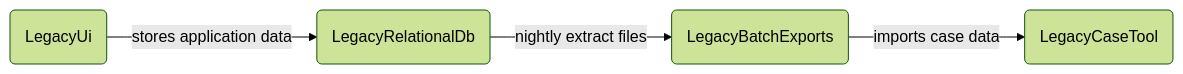
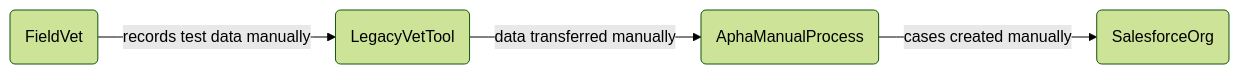
The first of 4 diagrams in technology/data-architecture/evolution-view/README.md (DEFRA/cattle-vaccination-documentation), drawn with Mermaid (forest theme) before and after one commit. The commit also changed other lines of this file and 3 other files, not shown here.

````diff
--- a/technology/data-architecture/evolution-view/README.md
+++ b/technology/data-architecture/evolution-view/README.md
@@ -15,11 +15,11 @@
 ```mermaid
 flowchart LR
-  LegacyUi(LegacyUi)
-  LegacyDb(LegacyRelationalDb)
-  LegacyBatch(LegacyBatchExports)
-  LegacyCaseTool(LegacyCaseTool)
+  Vet(FieldVet)
+  LegacyTool(LegacyVetTool)
+  AphaManual(AphaManualProcess)
+  SalesforceOrg(SalesforceOrg)
 
-  LegacyUi -->|"stores application data"| LegacyDb
-  LegacyDb -->|"nightly extract files"| LegacyBatch
-  LegacyBatch -->|"imports case data"| LegacyCaseTool
+  Vet -->|"records test data manually"| LegacyTool
+  LegacyTool -->|"data transferred manually"| AphaManual
+  AphaManual -->|"cases created manually"| SalesforceOrg
 ```
````
